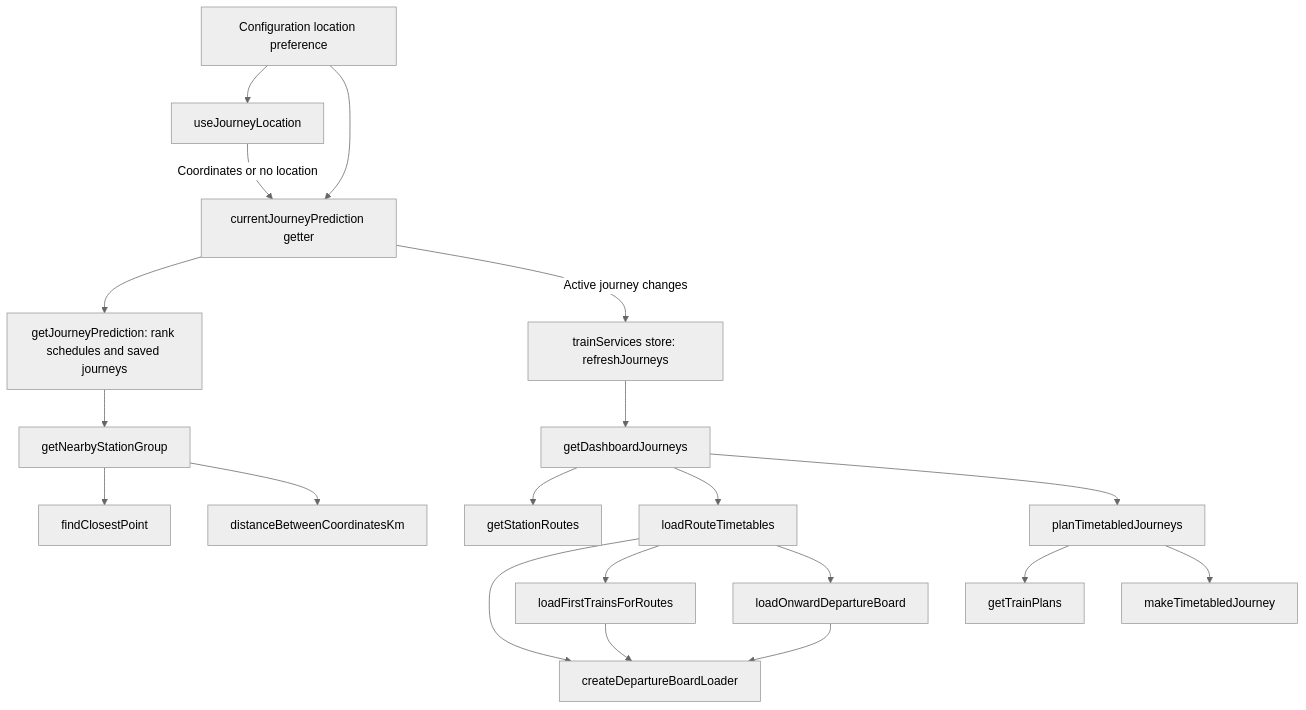
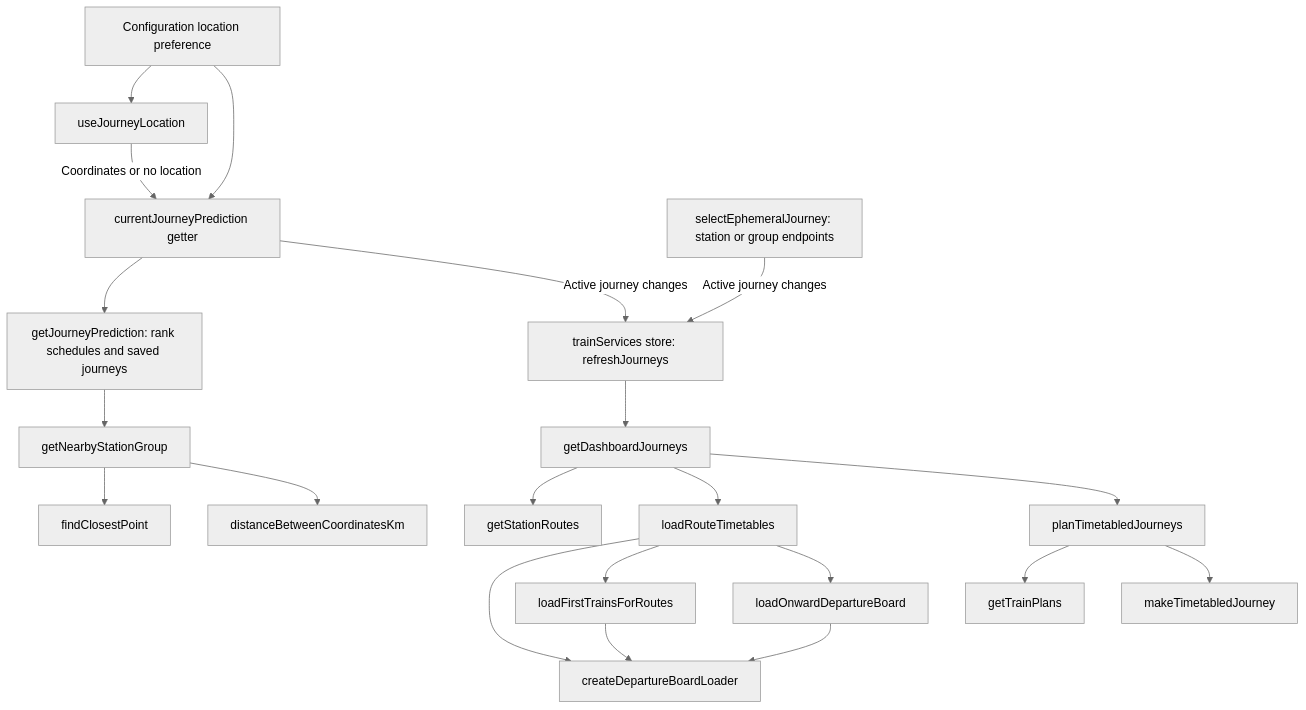
Before and after one commit to nd9600/trainDashboard: the second of 5 diagrams in docs/journey-planning.md, drawn with Mermaid (neutral theme). The commit also changed other lines of this file and 16 other files, not shown here.

````diff
--- a/docs/journey-planning.md
+++ b/docs/journey-planning.md
@@ -43,36 +45,37 @@
 ```mermaid
 flowchart TD
     selection[currentJourneyPrediction getter]
     prediction[getJourneyPrediction: rank schedules and saved journeys]
     nearby[getNearbyStationGroup]
     refresh[trainServices store: refreshJourneys]
     dashboard[getDashboardJourneys]
     routes[getStationRoutes]
     load[loadRouteTimetables]
     requests[createDepartureBoardLoader]
     first[loadFirstTrainsForRoutes]
     onward[loadOnwardDepartureBoard]
     plan[planTimetabledJourneys]
     trainPlans[getTrainPlans]
     make[makeTimetabledJourney]
 
     config[Configuration location preference] --> location[useJourneyLocation]
     location -->|Coordinates or no location| selection
     config --> selection
     selection --> prediction
     prediction --> nearby
     nearby --> closest[findClosestPoint]
     nearby --> distance[distanceBetweenCoordinatesKm]
+    manual[selectEphemeralJourney: station or group endpoints] -->|Active journey changes| refresh
     selection -->|Active journey changes| refresh
     refresh --> dashboard
     dashboard --> routes
     dashboard --> load
     load --> requests
     load --> first
     load --> onward
     first --> requests
     onward --> requests
     dashboard --> plan
     plan --> trainPlans
     plan --> make
 ```
````
